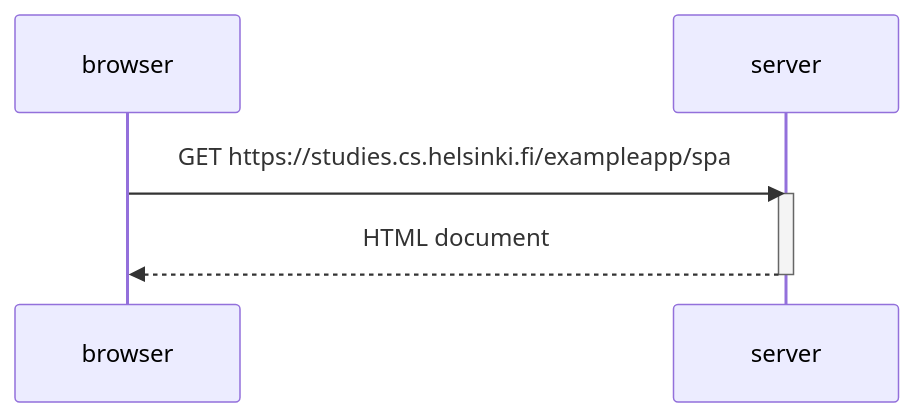
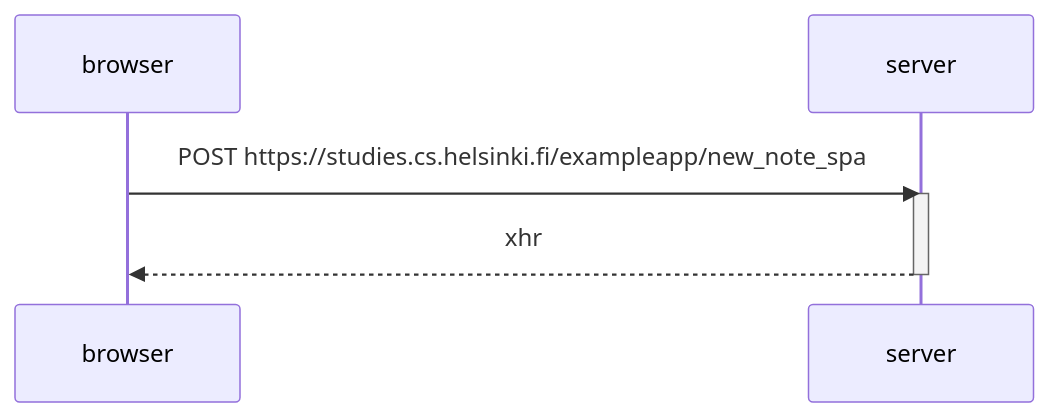
Before and after one commit to taunoe/fso-kursus: the diagram in part0/6.md, drawn with Mermaid. The commit also changed 13 other files, not shown here.

````diff
--- a/part0/6.md
+++ b/part0/6.md
@@ -3,11 +3,11 @@
 ```mermaid
 sequenceDiagram
     participant browser
     participant server
 
-    browser->>server: GET https://studies.cs.helsinki.fi/exampleapp/spa
+    browser->>server: POST https://studies.cs.helsinki.fi/exampleapp/new_note_spa
     activate server
-    server-->>browser: HTML document
+    server-->>browser: xhr
     deactivate server
 
 ```
````
